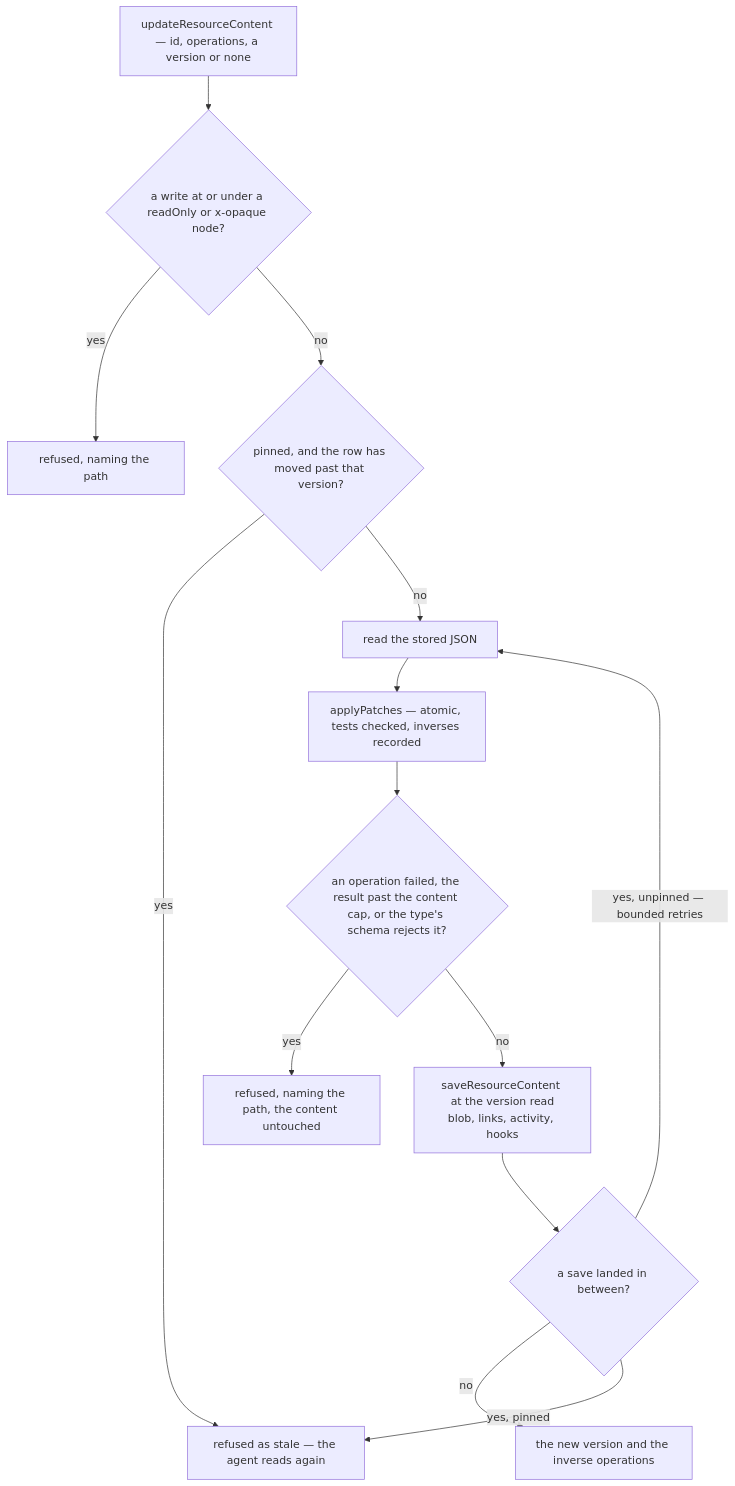
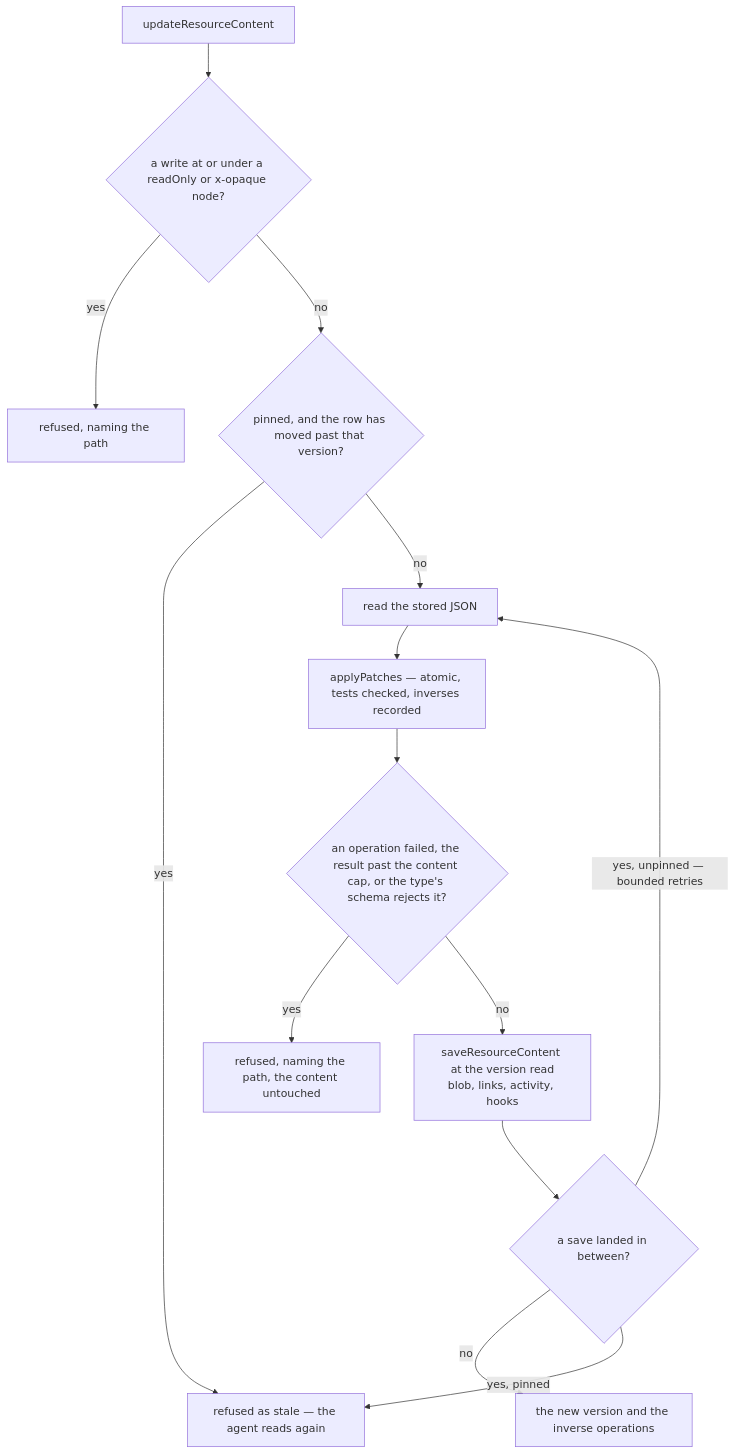
Before and after one commit to Esposter/Esposter: the diagram in openspec/specs/architecture/agent-content-tools/design.md, drawn with Mermaid. The commit also changed 9 other files, not shown here.

````diff
--- a/openspec/specs/architecture/agent-content-tools/design.md
+++ b/openspec/specs/architecture/agent-content-tools/design.md
@@ -42,16 +42,16 @@
 ```mermaid
 flowchart TD
-  IN["updateResourceContent — id, operations, a version or none"] --> PATHS{"a write at or under a readOnly or x-opaque node?"}
+  IN["updateResourceContent"] --> PATHS{"a write at or under a readOnly or x-opaque node?"}
   PATHS -->|yes| REFUSE["refused, naming the path"]
   PATHS -->|no| PIN{"pinned, and the row has moved past that version?"}
   PIN -->|yes| STALE["refused as stale — the agent reads again"]
   PIN -->|no| READ["read the stored JSON"]
   READ --> APPLY["applyPatches — atomic, tests checked, inverses recorded"]
   APPLY --> FAILED{"an operation failed, the result past the content cap, or the type's schema rejects it?"}
   FAILED -->|yes| UNTOUCHED["refused, naming the path, the content untouched"]
   FAILED -->|no| DOOR["saveResourceContent at the version read<br/>blob, links, activity, hooks"]
   DOOR --> RACE{"a save landed in between?"}
   RACE -->|no| DONE["the new version and the inverse operations"]
   RACE -->|"yes, pinned"| STALE
   RACE -->|"yes, unpinned — bounded retries"| READ
 ```
````
